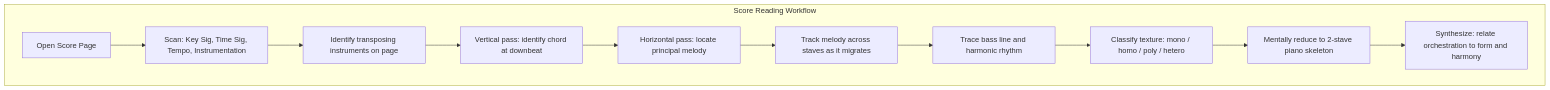
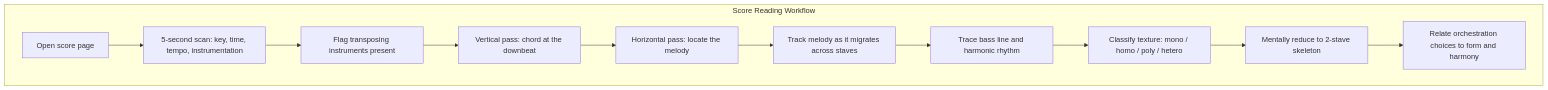
One commit to blebleblee/synapse changed the third of 3 diagrams in topics/arts/composition/orchestral_scoring/lesson_02_score_reading.md. Above: the diagram before and after it, drawn with Mermaid. The commit also changed other lines of this file and 4 other files, not shown here.

````diff
--- a/topics/arts/composition/orchestral_scoring/lesson_02_score_reading.md
+++ b/topics/arts/composition/orchestral_scoring/lesson_02_score_reading.md
@@ -270,17 +244,17 @@
 ```mermaid
 graph TD
     subgraph reading_flow ["Score Reading Workflow"]
-        start["Open Score Page"]
-        scan["Scan: Key Sig, Time Sig, Tempo, Instrumentation"]
-        transp["Identify transposing instruments on page"]
-        vert["Vertical pass: identify chord at downbeat"]
-        horiz["Horizontal pass: locate principal melody"]
-        track["Track melody across staves as it migrates"]
+        start["Open score page"]
+        scan["5-second scan: key, time, tempo, instrumentation"]
+        transp["Flag transposing instruments present"]
+        vert["Vertical pass: chord at the downbeat"]
+        horiz["Horizontal pass: locate the melody"]
+        track["Track melody as it migrates across staves"]
         bass["Trace bass line and harmonic rhythm"]
         texture["Classify texture: mono / homo / poly / hetero"]
-        reduce["Mentally reduce to 2-stave piano skeleton"]
-        synth["Synthesize: relate orchestration to form and harmony"]
+        reduce["Mentally reduce to 2-stave skeleton"]
+        synth["Relate orchestration choices to form and harmony"]
     end
-    
+
     start --> scan --> transp --> vert --> horiz --> track --> bass --> texture --> reduce --> synth
 ```
````
